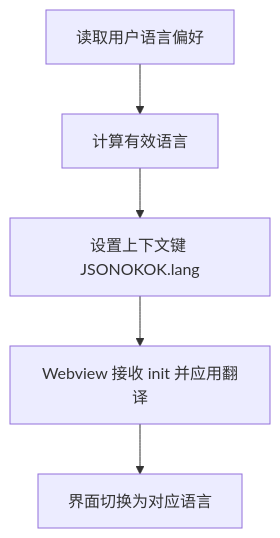
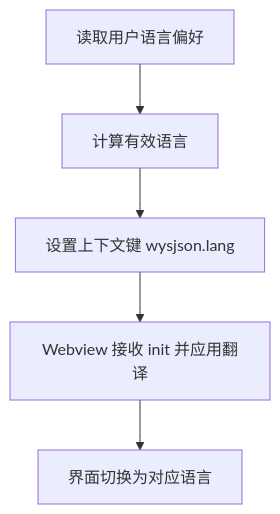
One commit to meiok1/wysjson changed the sixth of 9 diagrams in .qoder/repowiki/zh/content/核心架构设计/Webview 集成架构.md. Above: the diagram before and after it, drawn with Mermaid. The commit also changed other lines of this file and 45 other files, not shown here.

````diff
--- a/.qoder/repowiki/zh/content/核心架构设计/Webview 集成架构.md
+++ b/.qoder/repowiki/zh/content/核心架构设计/Webview 集成架构.md
@@ -208,7 +246,7 @@
 ```mermaid
 flowchart TD
 Pref["读取用户语言偏好"] --> Lang["计算有效语言"]
-Lang --> Ctx["设置上下文键 JSONOKOK.lang"]
+Lang --> Ctx["设置上下文键 wysjson.lang"]
 Ctx --> WV["Webview 接收 init 并应用翻译"]
 WV --> UI["界面切换为对应语言"]
 ```
````
